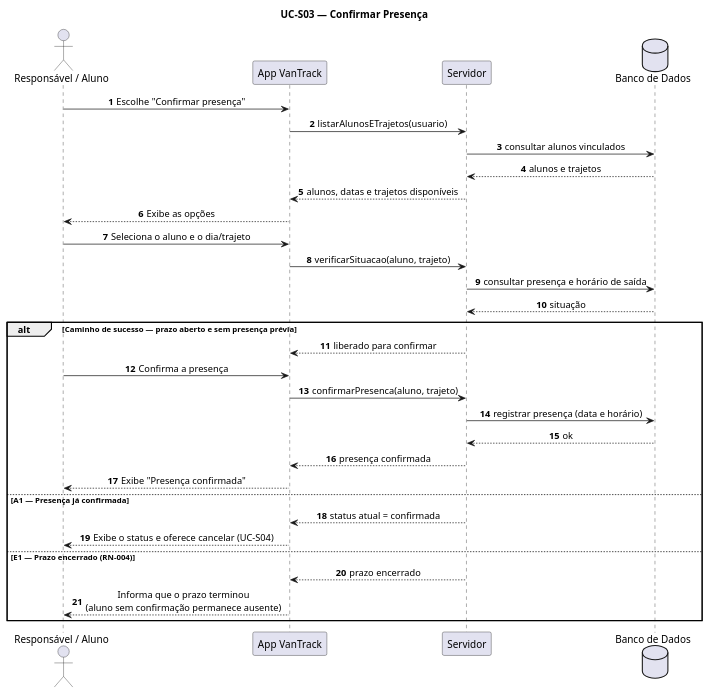
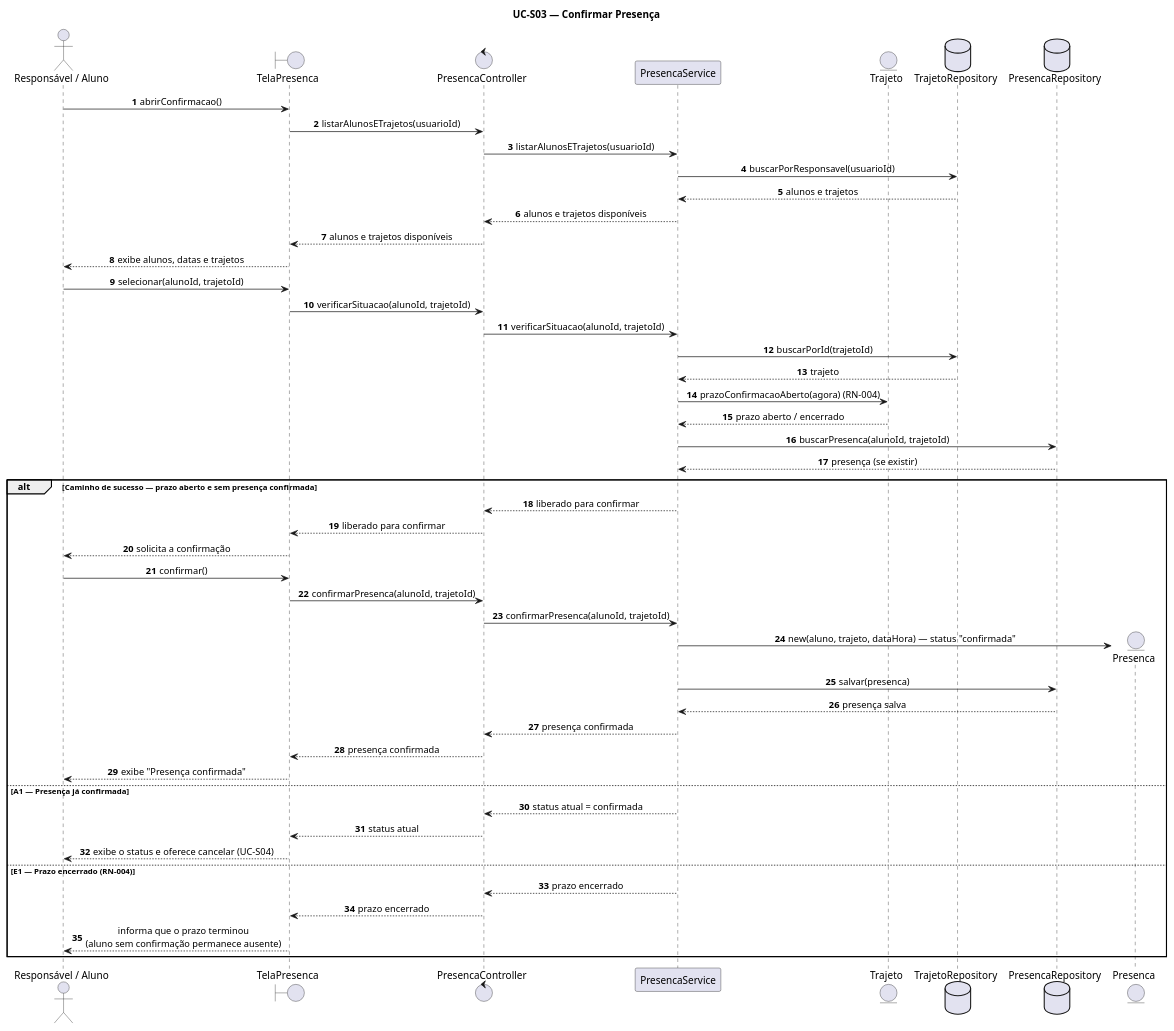
Before and after one commit to luisgustavoribeirodefreitas/VanTrack: the diagram in documentos/atividade-04/scripts/UC-S03.puml, drawn with PlantUML. The commit also changed 63 other files, not shown here.

```diff
--- a/documentos/atividade-04/scripts/UC-S03.puml
+++ b/documentos/atividade-04/scripts/UC-S03.puml
@@ -1,38 +1,57 @@
 @startuml UC-S03
 title UC-S03 — Confirmar Presença
 skinparam sequenceMessageAlign center
+skinparam responseMessageBelowArrow true
 autonumber
 
 actor "Responsável / Aluno" as U
-participant "App VanTrack" as App
-participant "Servidor" as API
-database "Banco de Dados" as DB
+boundary "TelaPresenca" as T
+control "PresencaController" as C
+participant "PresencaService" as S
+entity "Trajeto" as Tr
+database "TrajetoRepository" as TrRepo
+database "PresencaRepository" as PRepo
 
-U -> App : Escolhe "Confirmar presença"
-App -> API : listarAlunosETrajetos(usuario)
-API -> DB : consultar alunos vinculados
-DB --> API : alunos e trajetos
-API --> App : alunos, datas e trajetos disponíveis
-App --> U : Exibe as opções
+U -> T : abrirConfirmacao()
+T -> C : listarAlunosETrajetos(usuarioId)
+C -> S : listarAlunosETrajetos(usuarioId)
+S -> TrRepo : buscarPorResponsavel(usuarioId)
+TrRepo --> S : alunos e trajetos
+S --> C : alunos e trajetos disponíveis
+C --> T : alunos e trajetos disponíveis
+T --> U : exibe alunos, datas e trajetos
 
-U -> App : Seleciona o aluno e o dia/trajeto
-App -> API : verificarSituacao(aluno, trajeto)
-API -> DB : consultar presença e horário de saída
-DB --> API : situação
+U -> T : selecionar(alunoId, trajetoId)
+T -> C : verificarSituacao(alunoId, trajetoId)
+C -> S : verificarSituacao(alunoId, trajetoId)
+S -> TrRepo : buscarPorId(trajetoId)
+TrRepo --> S : trajeto
+S -> Tr : prazoConfirmacaoAberto(agora) (RN-004)
+Tr --> S : prazo aberto / encerrado
+S -> PRepo : buscarPresenca(alunoId, trajetoId)
+PRepo --> S : presença (se existir)
 
-alt Caminho de sucesso — prazo aberto e sem presença prévia
-    API --> App : liberado para confirmar
-    U -> App : Confirma a presença
-    App -> API : confirmarPresenca(aluno, trajeto)
-    API -> DB : registrar presença (data e horário)
-    DB --> API : ok
-    API --> App : presença confirmada
-    App --> U : Exibe "Presença confirmada"
+alt Caminho de sucesso — prazo aberto e sem presença confirmada
+    S --> C : liberado para confirmar
+    C --> T : liberado para confirmar
+    T --> U : solicita a confirmação
+    U -> T : confirmar()
+    T -> C : confirmarPresenca(alunoId, trajetoId)
+    C -> S : confirmarPresenca(alunoId, trajetoId)
+    create entity "Presenca" as P
+    S -> P : new(aluno, trajeto, dataHora) — status "confirmada"
+    S -> PRepo : salvar(presenca)
+    PRepo --> S : presença salva
+    S --> C : presença confirmada
+    C --> T : presença confirmada
+    T --> U : exibe "Presença confirmada"
 else A1 — Presença já confirmada
-    API --> App : status atual = confirmada
-    App --> U : Exibe o status e oferece cancelar (UC-S04)
+    S --> C : status atual = confirmada
+    C --> T : status atual
+    T --> U : exibe o status e oferece cancelar (UC-S04)
 else E1 — Prazo encerrado (RN-004)
-    API --> App : prazo encerrado
-    App --> U : Informa que o prazo terminou\n(aluno sem confirmação permanece ausente)
+    S --> C : prazo encerrado
+    C --> T : prazo encerrado
+    T --> U : informa que o prazo terminou\n(aluno sem confirmação permanece ausente)
 end
 @enduml
```
